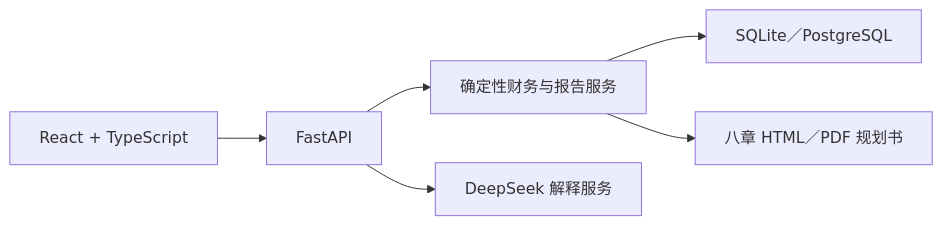
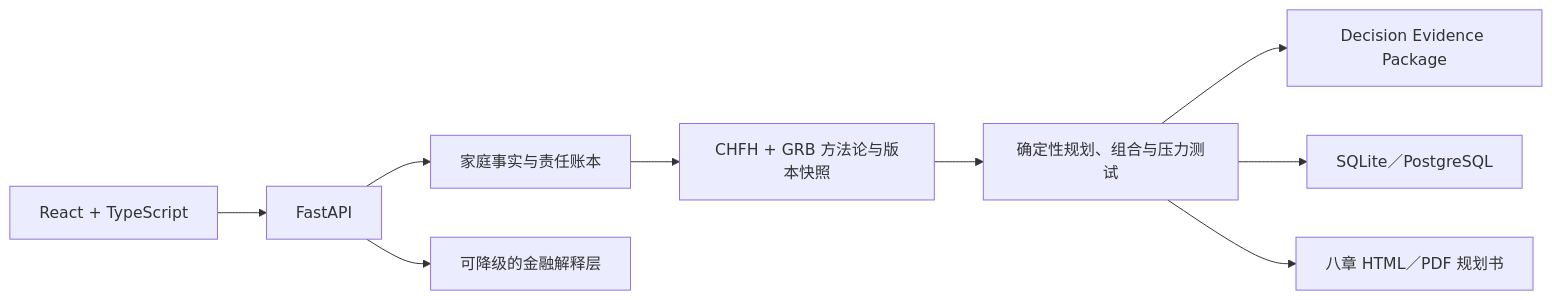
Before and after one commit to DengJunxian/Fortune-Copilot: the diagram in README.md, drawn with Mermaid. The commit also changed other lines of this file and 111 other files, not shown here.

````diff
--- a/README.md
+++ b/README.md
@@ -88,8 +115,11 @@
 ```mermaid
 flowchart LR
     WEB["React + TypeScript"] --> API["FastAPI"]
-    API --> FIN["确定性财务与报告服务"]
-    API --> LLM["DeepSeek 解释服务"]
+    API --> LEDGER["家庭事实与责任账本"]
+    LEDGER --> METHOD["CHFH + GRB 方法论与版本快照"]
+    METHOD --> FIN["确定性规划、组合与压力测试"]
+    API --> LLM["可降级的金融解释层"]
+    FIN --> EVIDENCE["Decision Evidence Package"]
     FIN --> DB["SQLite／PostgreSQL"]
     FIN --> REPORT["八章 HTML／PDF 规划书"]
 ```
````
